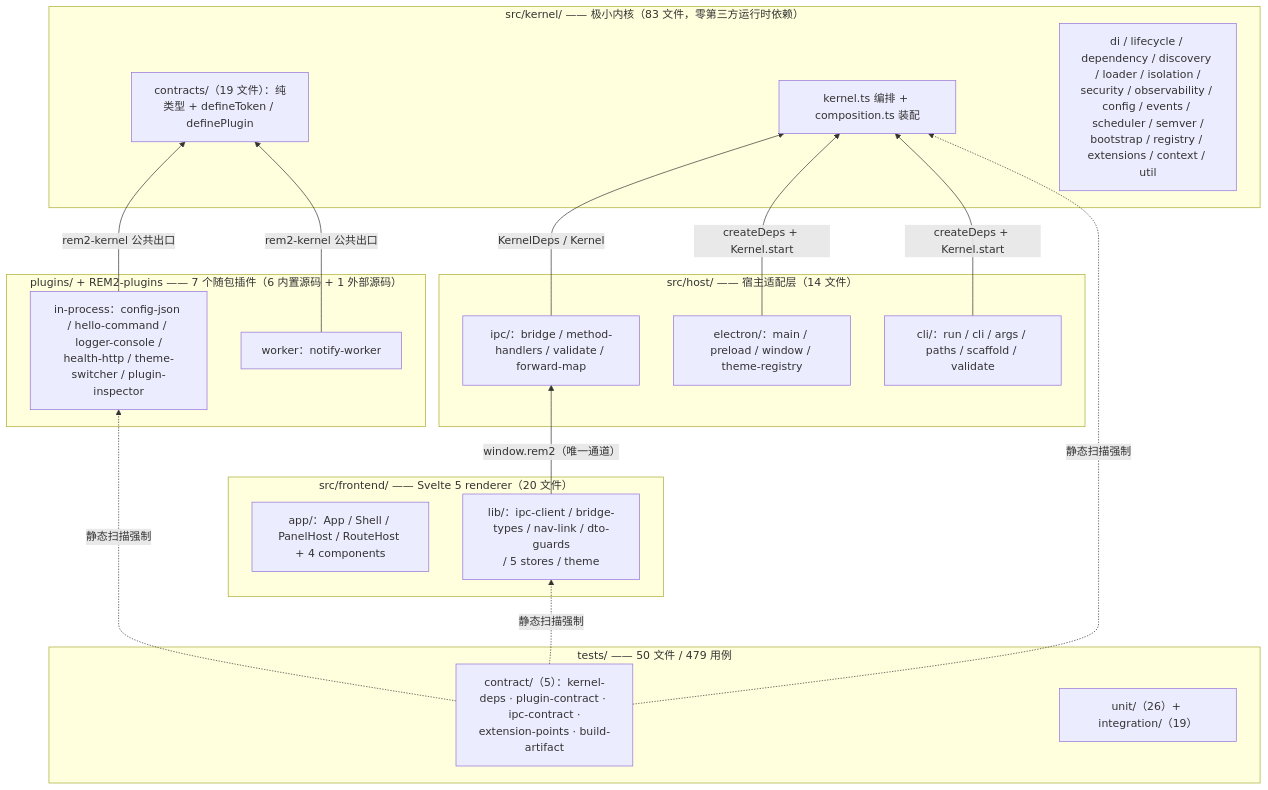
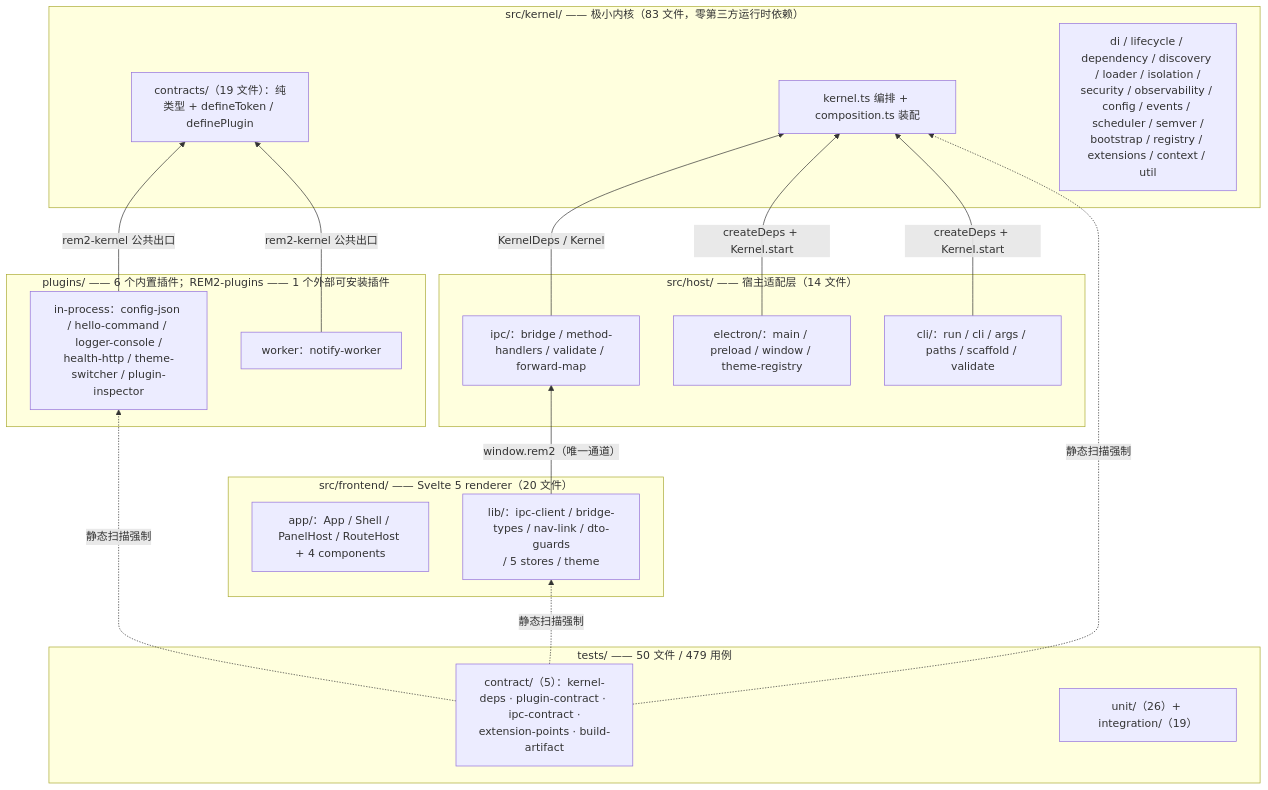
One commit to kino14910/REM2 changed the first of 5 diagrams in docs/01-architecture-overview.md. Above: the diagram before and after it, drawn with Mermaid. The commit also changed other lines of this file and 22 other files, not shown here.

````diff
--- a/docs/01-architecture-overview.md
+++ b/docs/01-architecture-overview.md
@@ -19,39 +19,39 @@
 ```mermaid
 graph BT
-    subgraph L1["plugins/ + REM2-plugins —— 7 个随包插件（6 内置源码 + 1 外部源码）"]
+    subgraph L1["plugins/ —— 6 个内置插件；REM2-plugins —— 1 个外部可安装插件"]
         PA["in-process：config-json / hello-command / logger-console /<br/>health-http / theme-switcher / plugin-inspector"]
         PB["worker：notify-worker"]
     end
 
     subgraph L2["src/frontend/ —— Svelte 5 renderer（20 文件）"]
         FA["app/：App / Shell / PanelHost / RouteHost + 4 components"]
         FB["lib/：ipc-client / bridge-types / nav-link / dto-guards<br/>/ 5 stores / theme"]
     end
 
     subgraph L3["src/host/ —— 宿主适配层（14 文件）"]
         HA["electron/：main / preload / window / theme-registry"]
         HB["ipc/：bridge / method-handlers / validate / forward-map"]
         HC["cli/：run / cli / args / paths / scaffold / validate"]
     end
 
     subgraph L4["src/kernel/ —— 极小内核（83 文件，零第三方运行时依赖）"]
         KA["contracts/（19 文件）：纯类型 + defineToken / definePlugin"]
         KB["kernel.ts 编排 + composition.ts 装配"]
         KC["di / lifecycle / dependency / discovery / loader / isolation /<br/>security / observability / config / events / scheduler / semver /<br/>bootstrap / registry / extensions / context / util"]
     end
 
     subgraph L5["tests/ —— 50 文件 / 479 用例"]
         TA["contract/（5）：kernel-deps · plugin-contract · ipc-contract ·<br/>extension-points · build-artifact"]
         TB["unit/（26）+ integration/（19）"]
     end
 
     FB -->|"window.rem2（唯一通道）"| HB
     HB -->|"KernelDeps / Kernel"| KB
     HA -->|"createDeps + Kernel.start"| KB
     HC -->|"createDeps + Kernel.start"| KB
     PA -->|"rem2-kernel 公共出口"| KA
     PB -->|"rem2-kernel 公共出口"| KA
     TA -.->|"静态扫描强制"| KB
     TA -.->|"静态扫描强制"| FB
     TA -.->|"静态扫描强制"| PA
 ```
````
